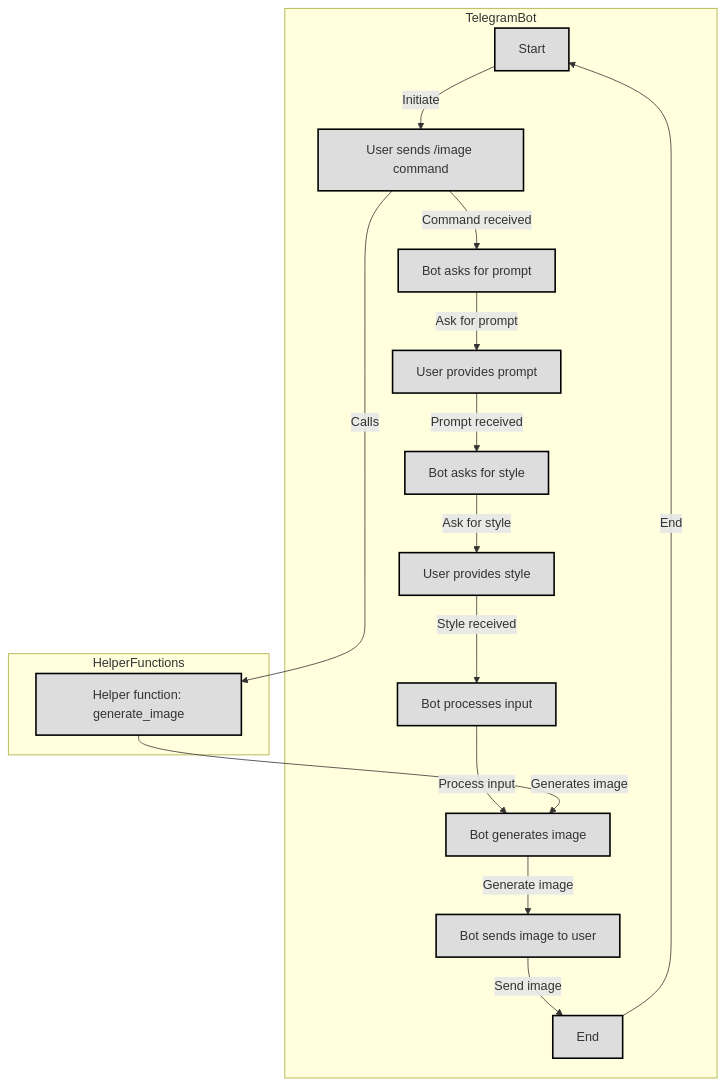
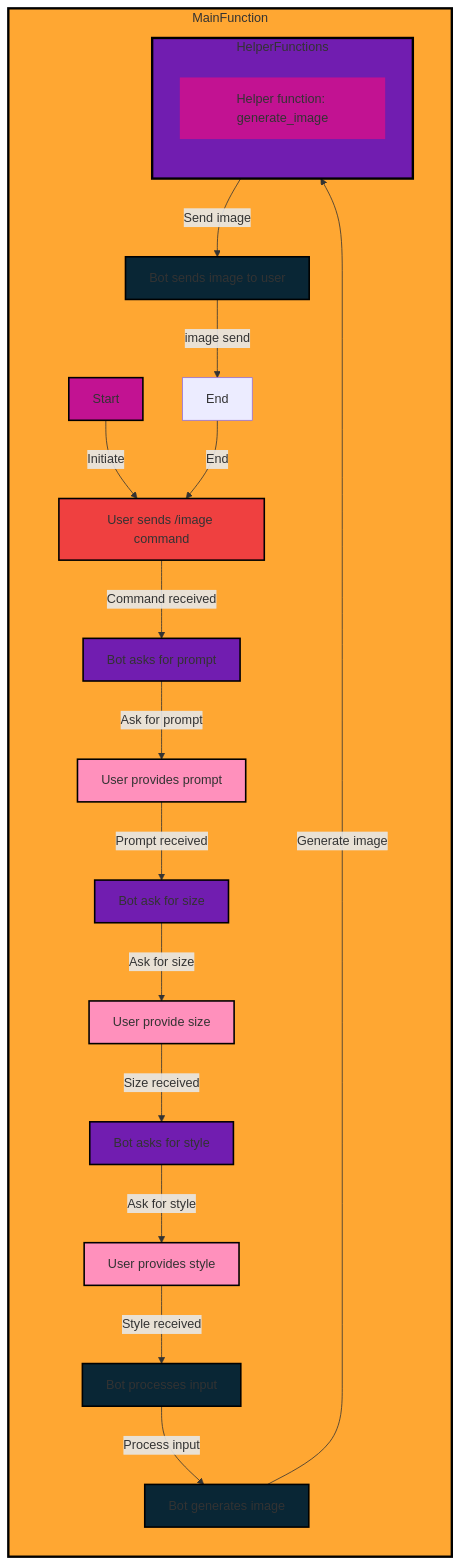
The diagram in README.md (1999AZZAR/telegram-image-generation-bot), drawn with Mermaid before and after one commit.

````diff
--- a/README.md
+++ b/README.md
@@ -106,47 +106,52 @@
 ```mermaid
-graph TD
+graph LR
 
-subgraph TelegramBot
+subgraph MainFunction
   A[Start]
   B[User sends /image command]
   C[Bot asks for prompt]
   D[User provides prompt]
-  E[Bot asks for style]
-  F[User provides style]
-  G[Bot processes input]
-  H[Bot generates image]
-  I[Bot sends image to user]
-  J[End]
+  E[Bot ask for size]
+  F[User provide size]
+  G[Bot asks for style]
+  H[User provides style]
+  I[Bot processes input]
+  J[Bot generates image]
+  K[Bot sends image to user]
+  L[End]
 
   A -->|Initiate| B
   B -->|Command received| C
   C -->|Ask for prompt| D
   D -->|Prompt received| E
-  E -->|Ask for style| F
-  F -->|Style received| G
-  G -->|Process input| H
-  H -->|Generate image| I
-  I -->|Send image| J
-  J -->|End| A
+  E -->|Ask for size| F
+  F -->|Size received| G
+  G -->|Ask for style| H
+  H -->|Style received| I
+  I -->|Process input| J
+  J -->|Generate image| HelperFunctions
+  HelperFunctions -->|Send image| K
+  K --> |image send| L
+  L -->|End| B
 end
 
 subgraph HelperFunctions
-  K[Helper function: generate_image]
+  M[Helper function: generate_image]
 end
 
-B -->|Calls| K
-K -->|Generates image| H
-
-style A fill:#ddd,stroke:#000,stroke-width:2px;
-style B fill:#ddd,stroke:#000,stroke-width:2px;
-style C fill:#ddd,stroke:#000,stroke-width:2px;
-style D fill:#ddd,stroke:#000,stroke-width:2px;
-style E fill:#ddd,stroke:#000,stroke-width:2px;
-style F fill:#ddd,stroke:#000,stroke-width:2px;
-style G fill:#ddd,stroke:#000,stroke-width:2px;
-style H fill:#ddd,stroke:#000,stroke-width:2px;
-style I fill:#ddd,stroke:#000,stroke-width:2px;
-style J fill:#ddd,stroke:#000,stroke-width:2px;
-style K fill:#ddd,stroke:#000,stroke-width:2px;
+style A fill:#C21292,stroke:#000,stroke-width:2px;
+style B fill:#EF4040,stroke:#000,stroke-width:2px;
+style C fill:#711DB0,stroke:#000,stroke-width:2px;
+style D fill:#FF90BC,stroke:#000,stroke-width:2px;
+style E fill:#711DB0,stroke:#000,stroke-width:2px;
+style F fill:#FF90BC,stroke:#000,stroke-width:2px;
+style G fill:#711DB0,stroke:#000,stroke-width:2px;
+style H fill:#FF90BC,stroke:#000,stroke-width:2px;
+style I fill:#092635,stroke:#000,stroke-width:2px;
+style J fill:#092635,stroke:#000,stroke-width:2px;
+style K fill:#092635,stroke:#000,stroke-width:2px;
+style M fill:#C21292,stroke:#000,stroke-width:0px;
+style HelperFunctions fill:#711DB0,stroke:#000,stroke-width:3px;
+style MainFunction fill:#FFA732,stroke:#000,stroke-width:3px;
 
 ```
````
